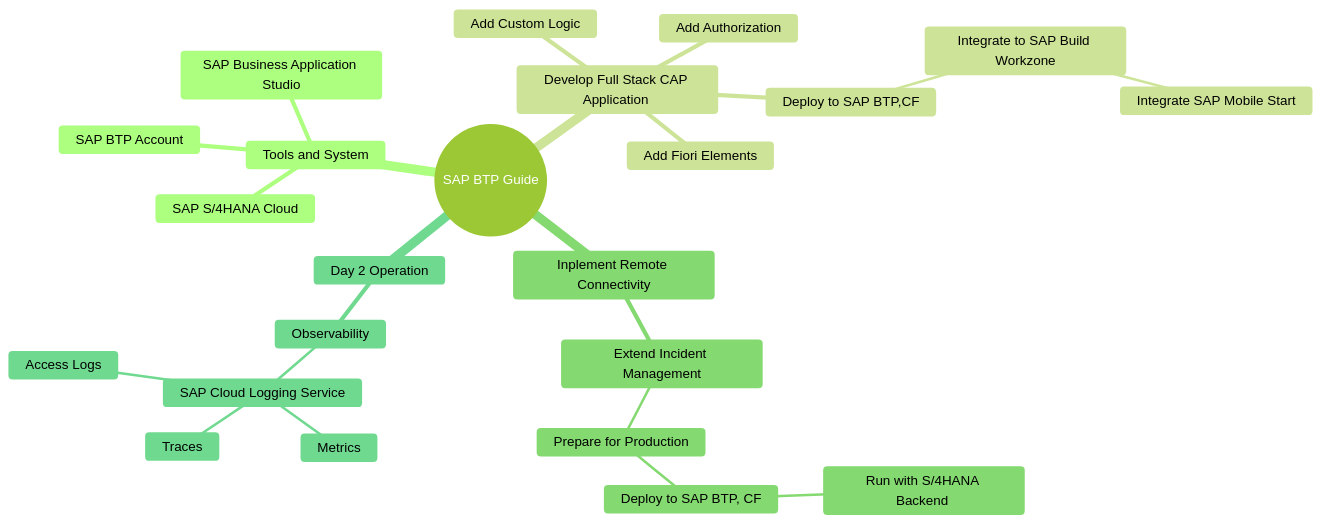
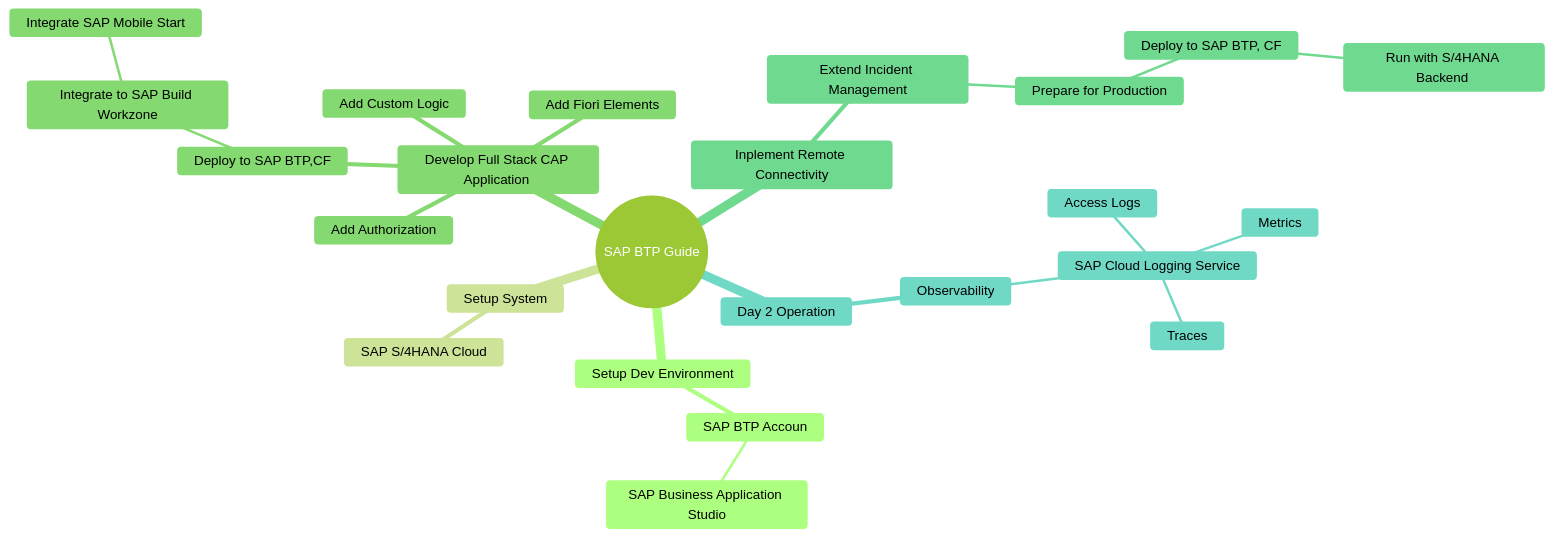
One commit to SAP-samples/btp-end-to-end-scenario-use-cases changed the first of 4 diagrams in topic3/README.md. Above: the diagram before and after it, drawn with Mermaid (forest theme). The commit also changed 3 other files, not shown here.

````diff
--- a/topic3/README.md
+++ b/topic3/README.md
@@ -9,26 +9,27 @@
 ```mermaid
    mindmap
   root((SAP BTP Guide))
-    Tools and System
-      SAP Business Application Studio
+    Setup Dev Environment
+      SAP BTP Accoun
+        SAP Business Application Studio
+    Setup System   
       SAP S/4HANA Cloud
-      SAP BTP Account
     Develop Full Stack CAP Application 
       Add Custom Logic
       Add Fiori Elements
       Add Authorization
       Deploy to SAP BTP,CF
         Integrate to SAP Build Workzone
           Integrate SAP Mobile Start
     Inplement Remote Connectivity
       Extend Incident Management
         Prepare for Production
           Deploy to SAP BTP, CF
             Run with S/4HANA Backend 
     Day 2 Operation
       Observability
         SAP Cloud Logging Service
           Access Logs
           Metrics
           Traces
 ```
````
